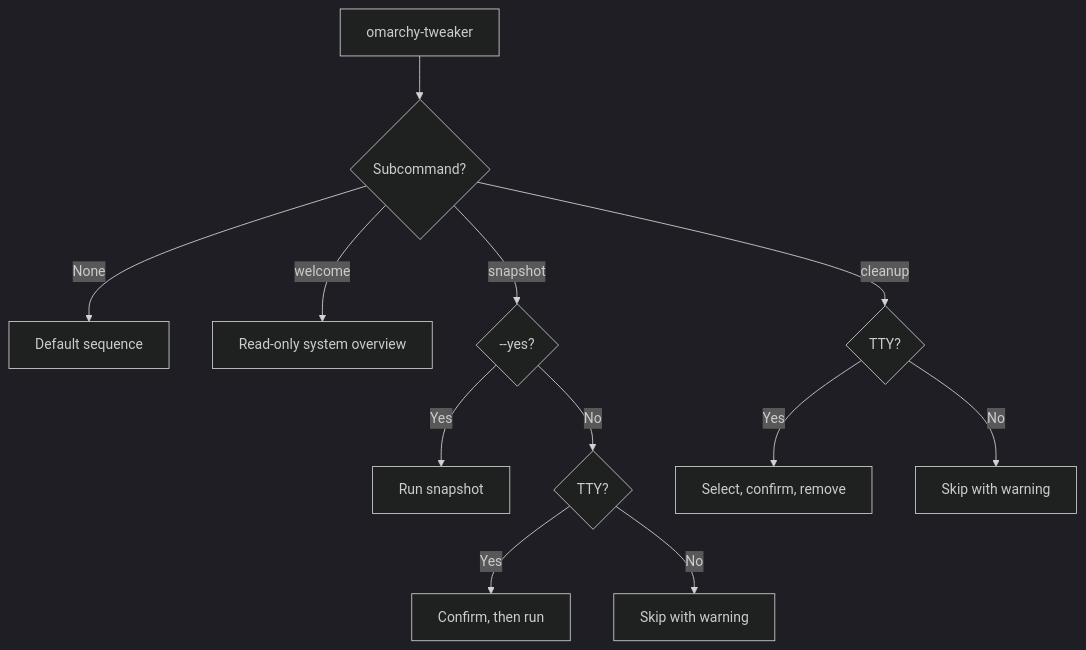
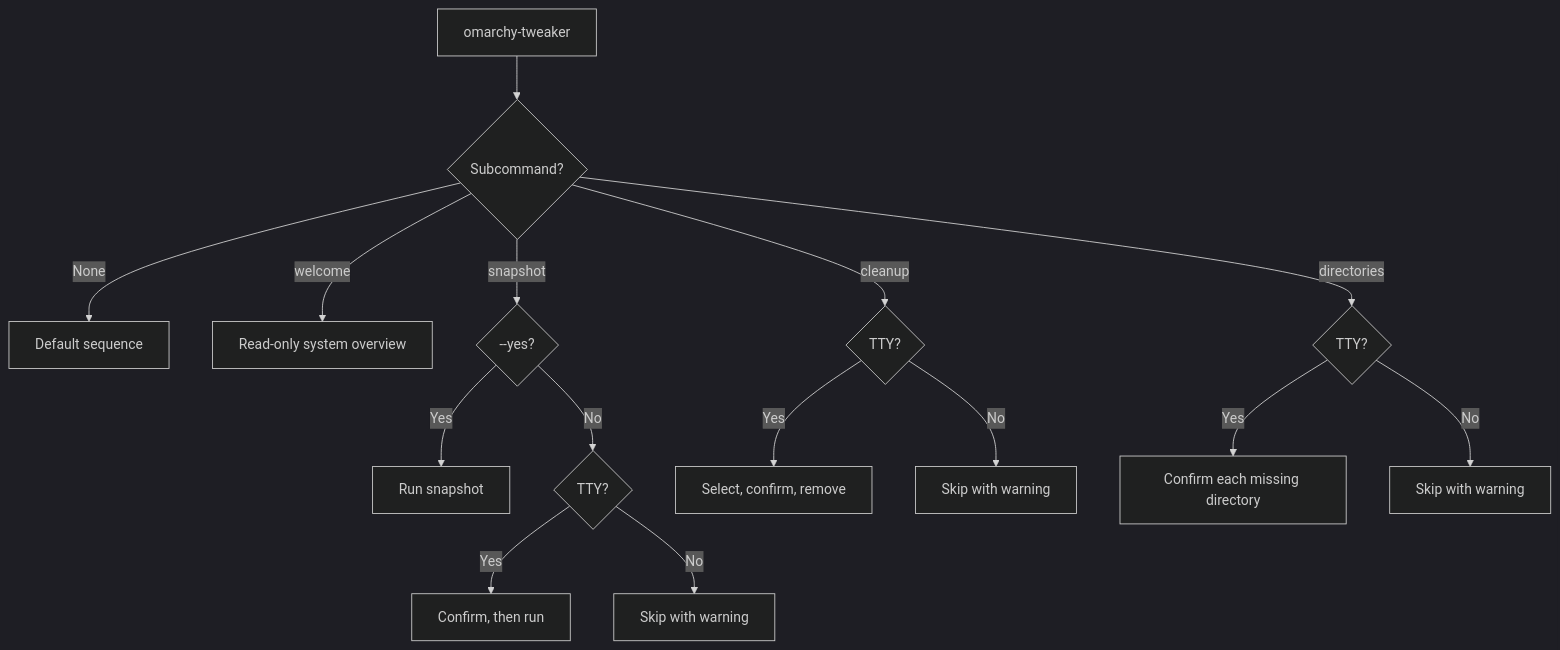
The first of 2 diagrams in docs/commands.md (Armoghans-Organization/Omarchy-Tweaker), drawn with Mermaid (dark theme) before and after one commit. The commit also changed other lines of this file and 16 other files, not shown here.

````diff
--- a/docs/commands.md
+++ b/docs/commands.md
@@ -19,14 +20,17 @@
 ```mermaid
 flowchart TD
     A[omarchy-tweaker] --> B{Subcommand?}
     B -- None --> C[Default sequence]
     B -- welcome --> D[Read-only system overview]
     B -- snapshot --> E{--yes?}
     E -- Yes --> F[Run snapshot]
     E -- No --> G{TTY?}
     G -- Yes --> H[Confirm, then run]
     G -- No --> I[Skip with warning]
     B -- cleanup --> J{TTY?}
     J -- Yes --> K[Select, confirm, remove]
     J -- No --> L[Skip with warning]
+    B -- directories --> M{TTY?}
+    M -- Yes --> N[Confirm each missing directory]
+    M -- No --> O[Skip with warning]
 ```
````
